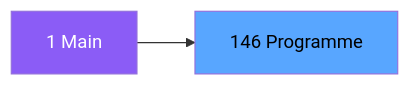
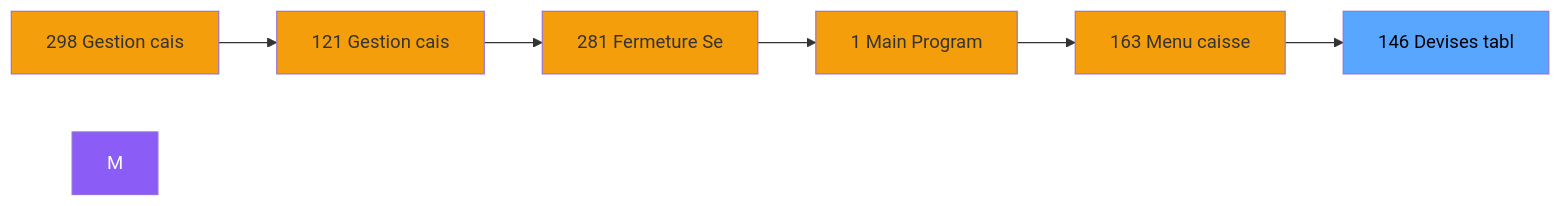
One commit to thonyAGP/magic-migration changed the second of 3 diagrams in .openspec/specs/ADH-IDE-146.md. Above: the diagram before and after it, drawn with Mermaid. The commit also changed other lines of this file and 323 other files, not shown here.

````diff
--- a/.openspec/specs/ADH-IDE-146.md
+++ b/.openspec/specs/ADH-IDE-146.md
@@ -100,8 +107,21 @@
 ```mermaid
 graph LR
-    M[1 Main]
-    T[146 Programme]
-    M --> T
+    N298[298 Gestion cais]
+    N121[121 Gestion cais]
+    N281[281 Fermeture Se]
+    N1[1 Main Program]
+    N163[163 Menu caisse ]
+    T[146 Devises tabl]
+    N298 --> N121
+    N121 --> N281
+    N281 --> N1
+    N1 --> N163
+    N163 --> T
     style M fill:#8b5cf6,color:#fff
+    style N298 fill:#f59e0b
+    style N121 fill:#f59e0b
+    style N281 fill:#f59e0b
+    style N1 fill:#f59e0b
+    style N163 fill:#f59e0b
     style T fill:#58a6ff,color:#000
 ```
````
